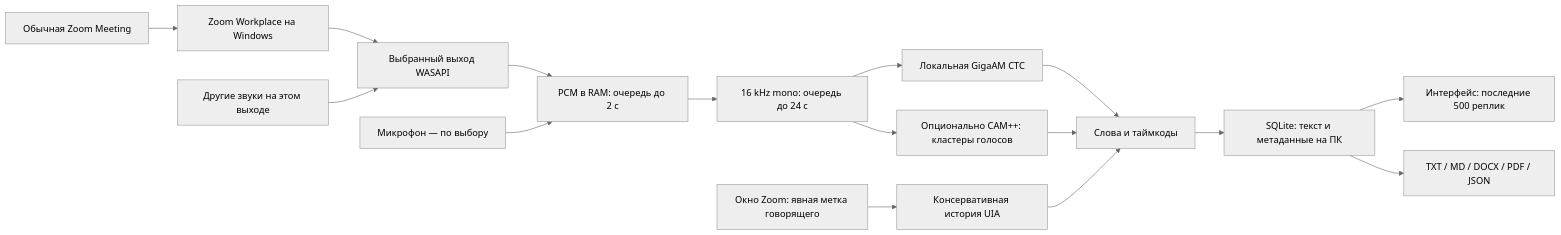
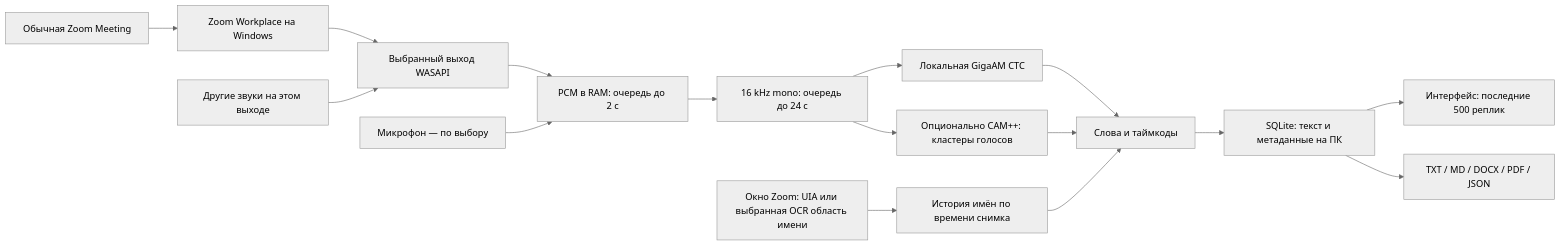
The diagram in docs/DESKTOP_GUIDE.md (AssylbekGizatov/gigaam-zoom-transcriber), drawn with Mermaid (neutral theme) before and after one commit. The commit also changed other lines of this file and 20 other files, not shown here.

Commit message:
Add local Windows OCR speaker-name attribution and scope Zoom UIA scans

````diff
--- a/docs/DESKTOP_GUIDE.md
+++ b/docs/DESKTOP_GUIDE.md
@@ -20,18 +20,18 @@
 ```mermaid
 flowchart LR
   Z[Обычная Zoom Meeting] --> C[Zoom Workplace на Windows]
   C --> W[Выбранный выход WASAPI]
   O[Другие звуки на этом выходе] --> W
   W --> Q[PCM в RAM: очередь до 2 с]
   M[Микрофон — по выбору] --> Q
   Q --> P[16 kHz mono: очередь до 24 с]
   P --> G[Локальная GigaAM CTC]
   P --> V[Опционально CAM++: кластеры голосов]
-  U[Окно Zoom: явная метка говорящего] --> A[Консервативная история UIA]
+  U[Окно Zoom: UIA или выбранная OCR область имени] --> A[История имён по времени снимка]
   G --> S[Слова и таймкоды]
   V --> S
   A --> S
   S --> D[SQLite: текст и метаданные на ПК]
   D --> I[Интерфейс: последние 500 реплик]
   D --> E[TXT / MD / DOCX / PDF / JSON]
 ```
````
